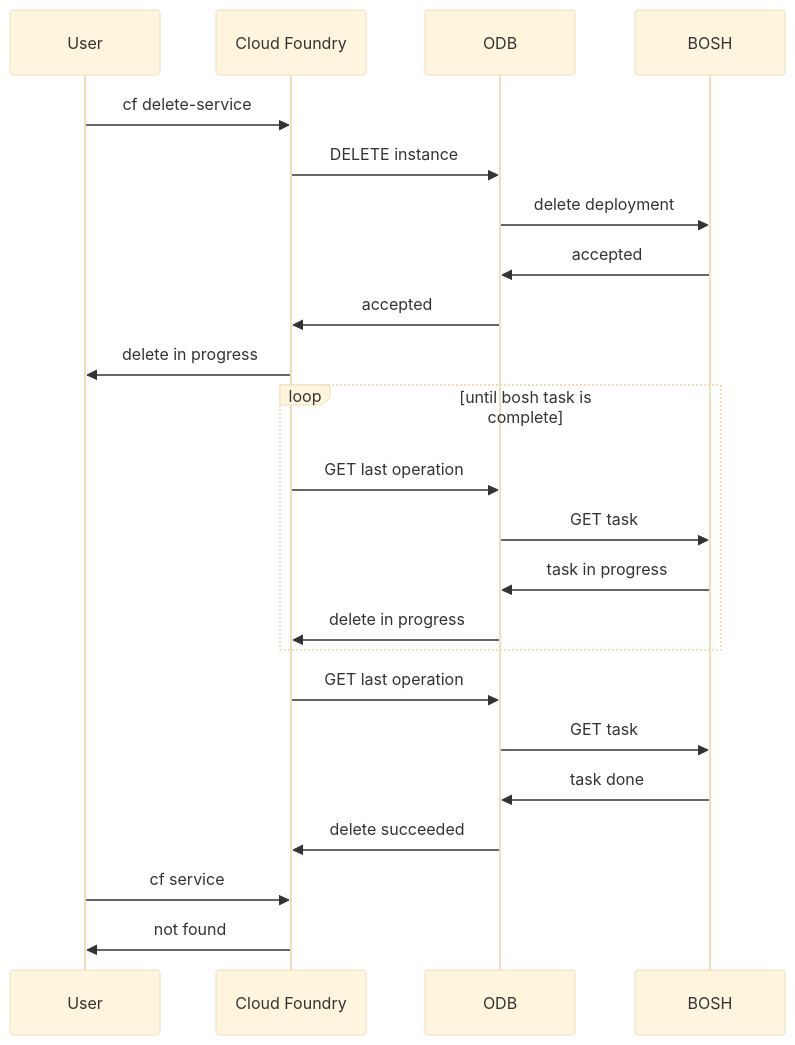
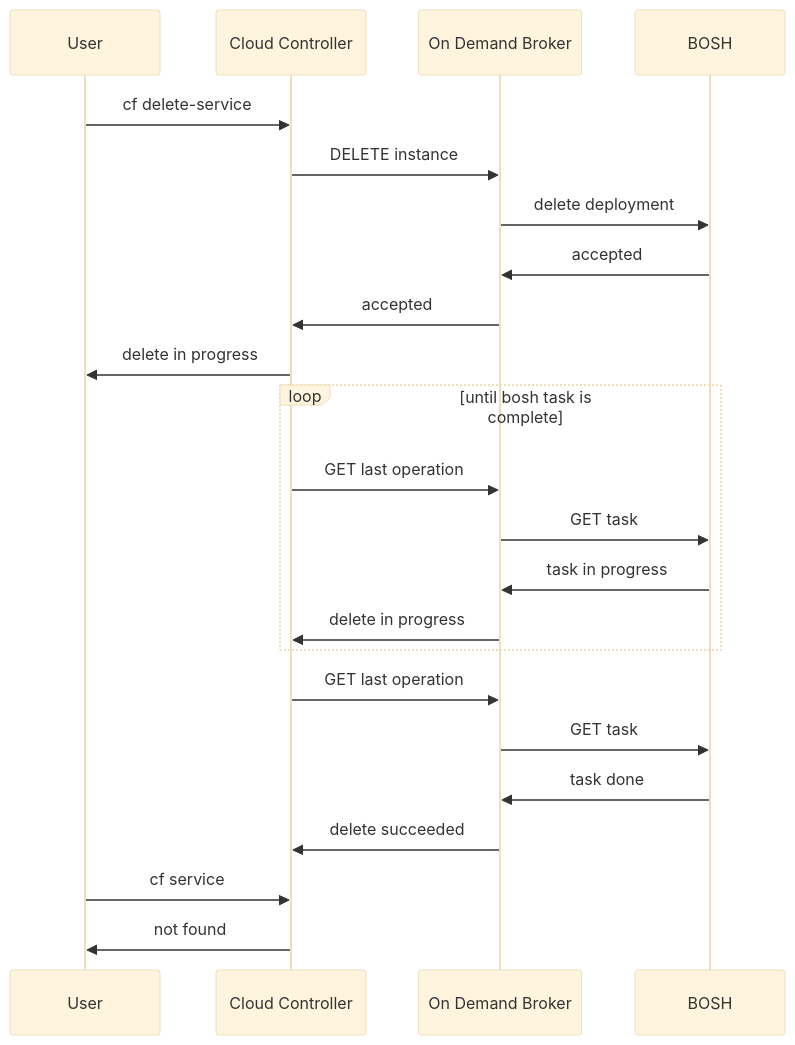
The diagram in mmd/delete_service_workflow.mmd (pivotal-cf/docs-on-demand-service-broker), drawn with Mermaid (base theme) before and after one commit. The commit also changed 10 other files, not shown here.

Commit message:
change  to  in sequence diagrams

```diff
--- a/mmd/delete_service_workflow.mmd
+++ b/mmd/delete_service_workflow.mmd
@@ -1,21 +1,21 @@
 <div class="mermaid">
 sequenceDiagram
-  User->>Cloud Foundry:cf delete-service
-  Cloud Foundry->>ODB:DELETE instance
-  ODB->>BOSH:delete deployment
-  BOSH->>ODB:accepted
-  ODB->>Cloud Foundry:accepted
-  Cloud Foundry->>User: delete in progress
+  User->>Cloud Controller:cf delete-service
+  Cloud Controller->>On Demand Broker:DELETE instance
+  On Demand Broker->>BOSH:delete deployment
+  BOSH->>On Demand Broker:accepted
+  On Demand Broker->>Cloud Controller:accepted
+  Cloud Controller->>User: delete in progress
   loop until bosh task is complete
-    Cloud Foundry->>ODB: GET last operation
-    ODB->>BOSH: GET task
-    BOSH->>ODB: task in progress
-    ODB->>Cloud Foundry: delete in progress
+    Cloud Controller->>On Demand Broker: GET last operation
+    On Demand Broker->>BOSH: GET task
+    BOSH->>On Demand Broker: task in progress
+    On Demand Broker->>Cloud Controller: delete in progress
   end
-  Cloud Foundry->>ODB: GET last operation
-  ODB->>BOSH: GET task
-  BOSH->>ODB: task done
-  ODB->>Cloud Foundry: delete succeeded
-  User->>Cloud Foundry:cf service
-  Cloud Foundry->>User: not found
+  Cloud Controller->>On Demand Broker: GET last operation
+  On Demand Broker->>BOSH: GET task
+  BOSH->>On Demand Broker: task done
+  On Demand Broker->>Cloud Controller: delete succeeded
+  User->>Cloud Controller:cf service
+  Cloud Controller->>User: not found
 </div>
```
